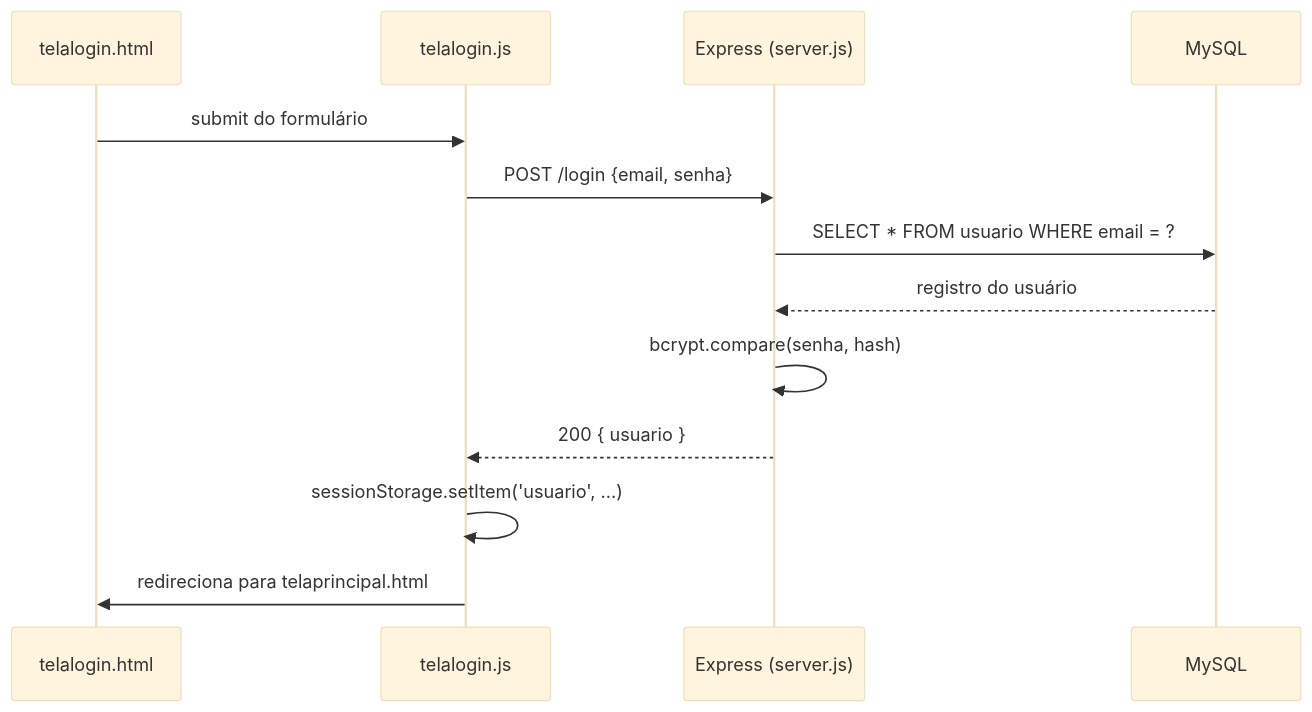
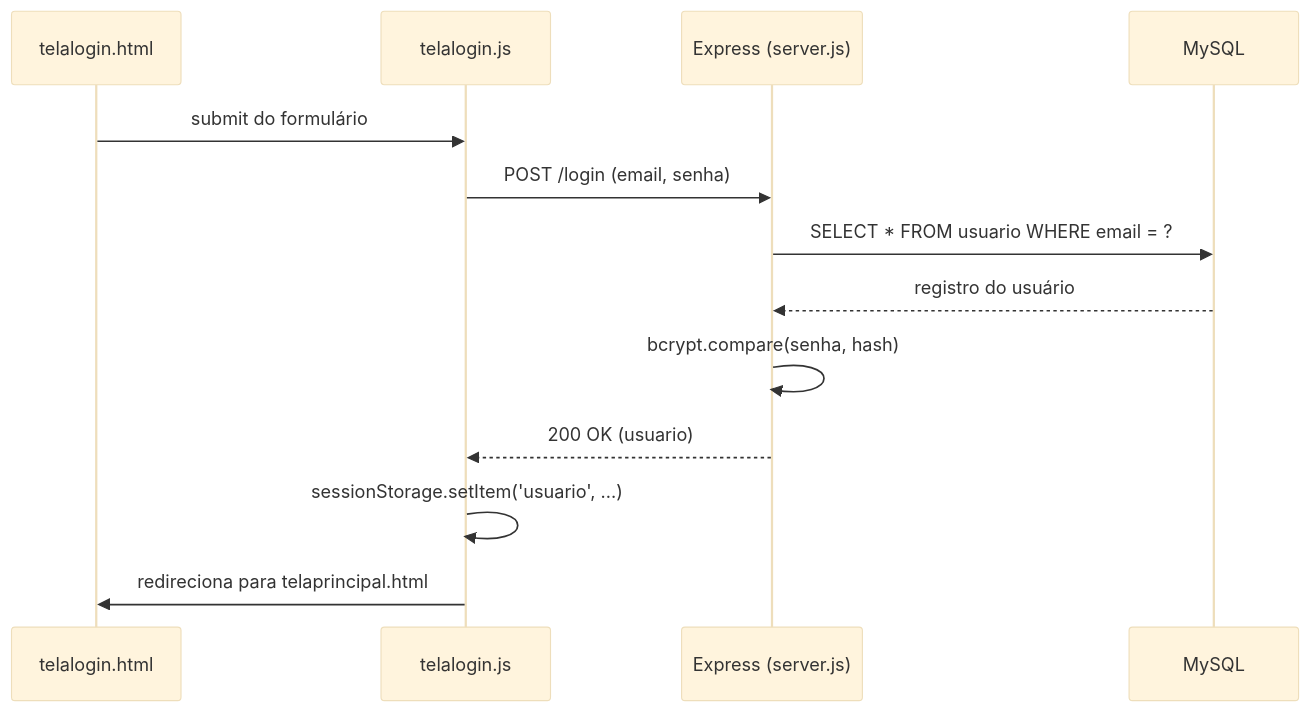
One commit to Muzgeist/nexus_site changed the fourth of 7 diagrams in readme.md. Above: the diagram before and after it, drawn with Mermaid (base theme). The commit also changed other lines of this file and 1 other file, not shown here.

````diff
--- a/readme.md
+++ b/readme.md
@@ -205,16 +216,16 @@
 ```mermaid
 sequenceDiagram
     participant UI as telalogin.html
     participant JS as telalogin.js
     participant API as Express (server.js)
     participant DB as MySQL
 
     UI ->> JS: submit do formulário
-    JS ->> API: POST /login {email, senha}
+    JS ->> API: POST /login (email, senha)
     API ->> DB: SELECT * FROM usuario WHERE email = ?
     DB -->> API: registro do usuário
     API ->> API: bcrypt.compare(senha, hash)
-    API -->> JS: 200 { usuario }
+    API -->> JS: 200 OK (usuario)
     JS ->> JS: sessionStorage.setItem('usuario', ...)
     JS ->> UI: redireciona para telaprincipal.html
 ```
````
